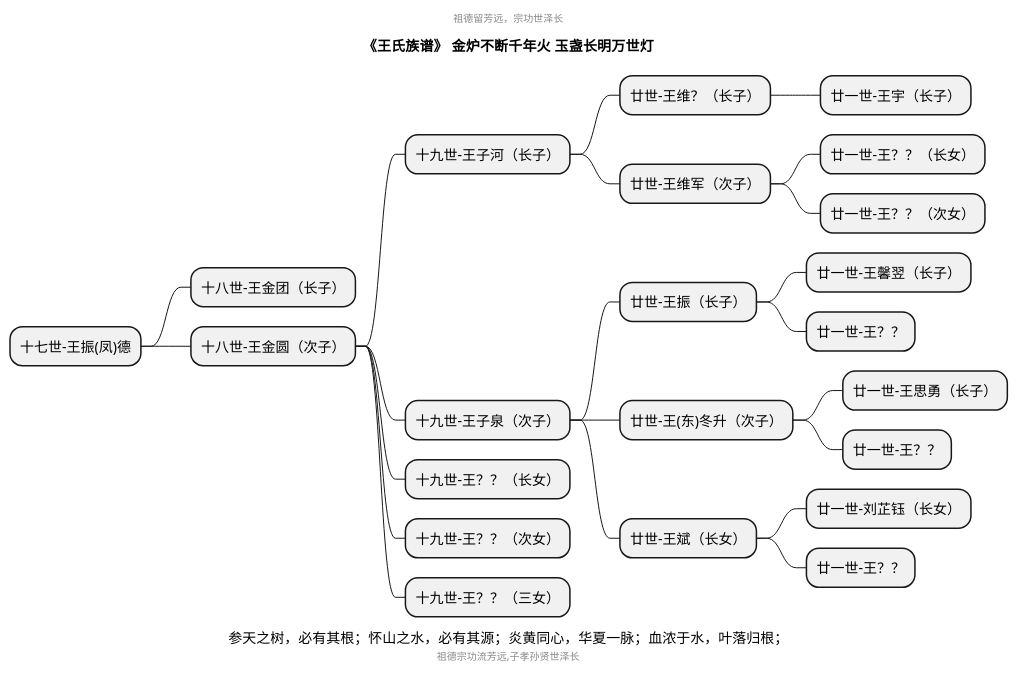
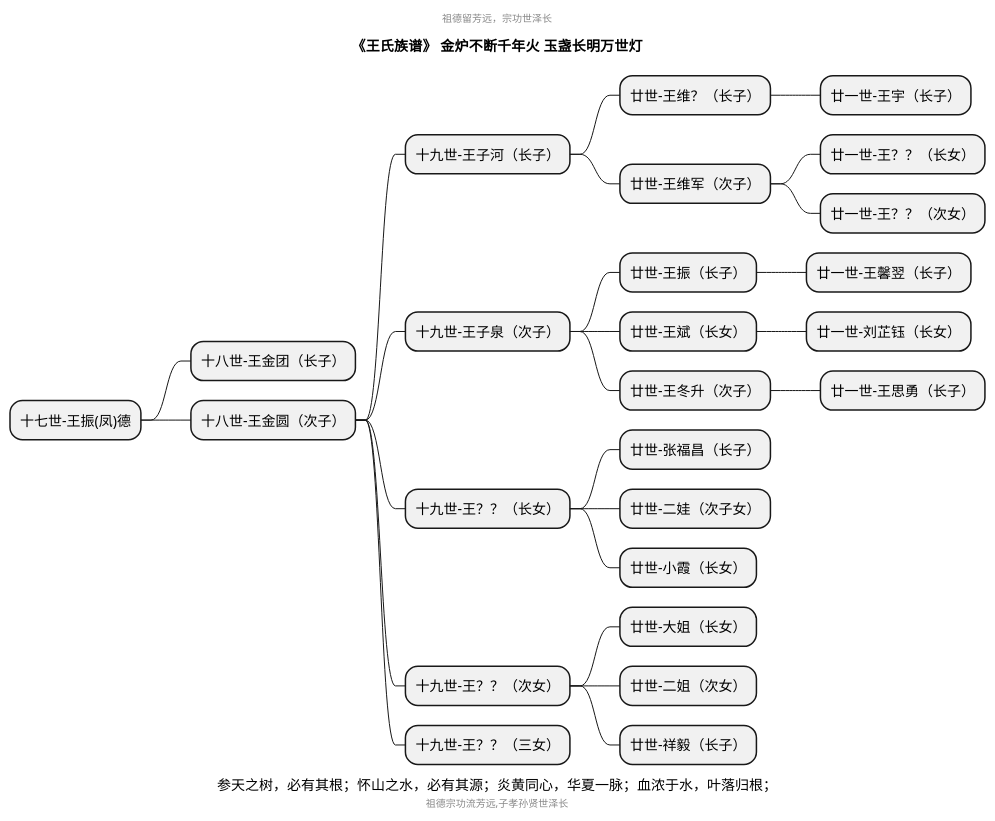
One commit to wdsheng0i/wdsheng0i.github.io changed the diagram in assets/files/mindmap/family-wang.puml. Above: the diagram before and after it, drawn with PlantUML. The commit also changed other lines of this file and 16 other files, not shown here.

```diff
--- a/assets/files/mindmap/family-wang.puml
+++ b/assets/files/mindmap/family-wang.puml
@@ -1,31 +1,33 @@
 @startmindmap
-
 center header 祖德留芳远，宗功世泽长
 title 《王氏族谱》 金炉不断千年火  玉盏长明万世灯
 
 * 十七世-王振(凤)德
 ** 十八世-王金团（长子）
 ** 十八世-王金圆（次子）
 *** 十九世-王子河（长子）
 **** 廿世-王维？（长子）
 ***** 廿一世-王宇（长子）
 **** 廿世-王维军（次子）
 ***** 廿一世-王？？（长女）
 ***** 廿一世-王？？（次女）
 *** 十九世-王子泉（次子）
 **** 廿世-王振（长子）
 ***** 廿一世-王馨翌（长子）
-***** 廿一世-王？？
-**** 廿世-王(东)冬升（次子）
-***** 廿一世-王思勇（长子）
-***** 廿一世-王？？
 **** 廿世-王斌（长女）
 ***** 廿一世-刘芷钰（长女）
-***** 廿一世-王？？
+**** 廿世-王冬升（次子）
+***** 廿一世-王思勇（长子）
 *** 十九世-王？？（长女）
+**** 廿世-张福昌（长子）
+**** 廿世-二娃（次子女）
+**** 廿世-小霞（长女）
 *** 十九世-王？？（次女）
+**** 廿世-大姐（长女）
+**** 廿世-二姐（次女）
+**** 廿世-祥毅（长子）
 *** 十九世-王？？（三女）
 
 caption 参天之树，必有其根；怀山之水，必有其源；炎黄同心，华夏一脉；血浓于水，叶落归根；
 center footer 祖德宗功流芳远,子孝孙贤世泽长
 @endmindmap
```
